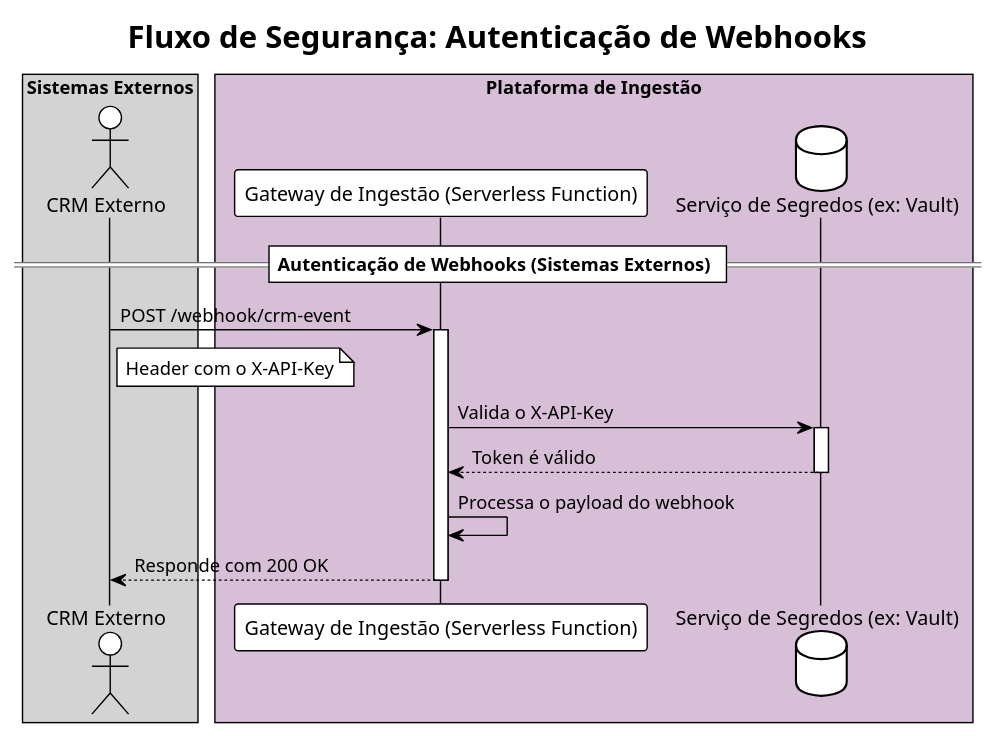
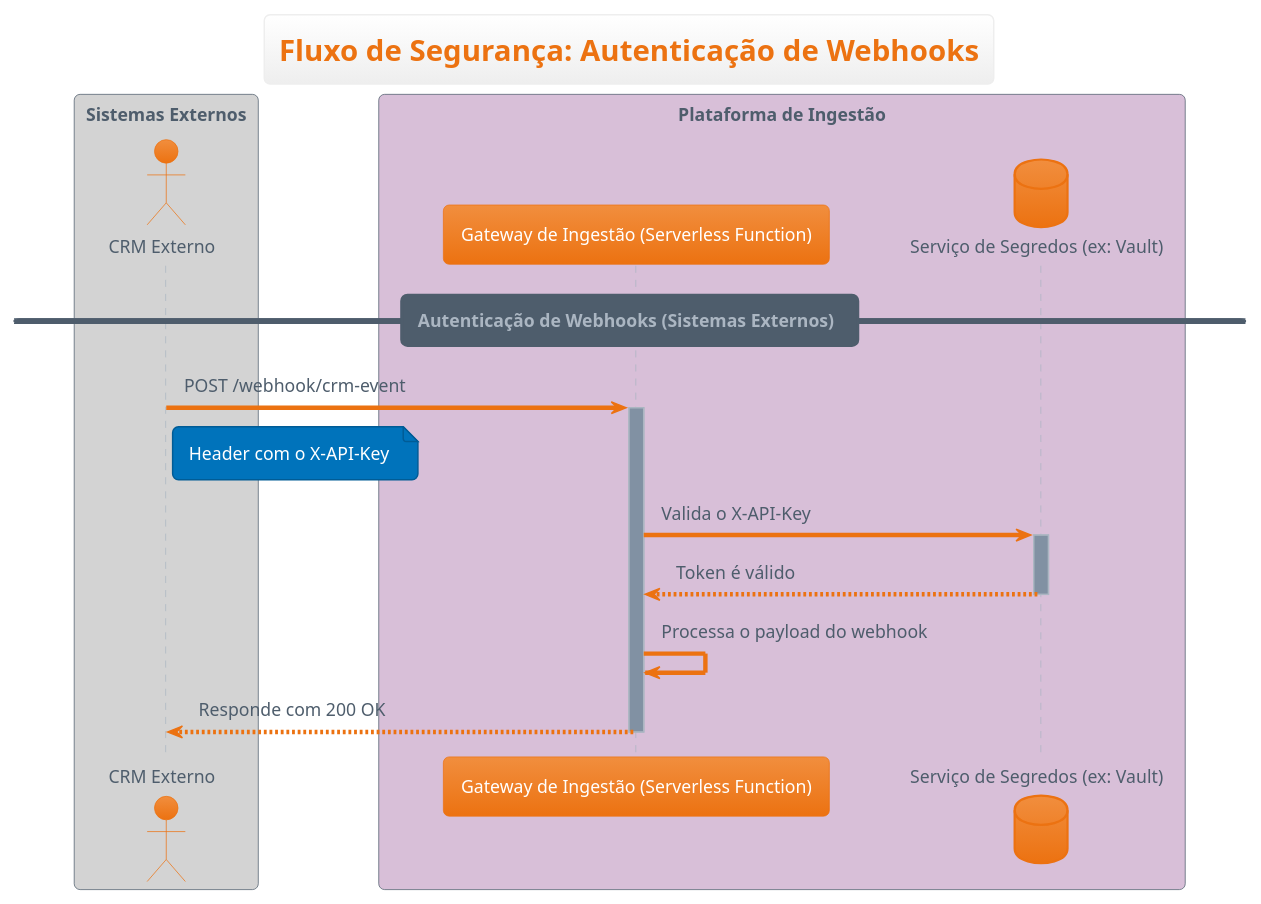
One commit to edcastanha/desafio-ccm-Arquitetura changed the diagram in diagramas/sequencial/fluxo-seguranca-webhooks.puml. Above: the diagram before and after it, drawn with PlantUML. The commit also changed 3 other files, not shown here.

Commit message:
fix: Ajuda tema para diagrama para padronizacao e adiciona pngs

```diff
--- a/diagramas/sequencial/fluxo-seguranca-webhooks.puml
+++ b/diagramas/sequencial/fluxo-seguranca-webhooks.puml
@@ -1,27 +1,27 @@
 @startuml
-!theme plain
+!theme aws-orange
 title "Fluxo de Segurança: Autenticação de Webhooks"
 
 box "Sistemas Externos" #LightGray
 actor "CRM Externo" as CRM
 end box
 
 box "Plataforma de Ingestão" #Thistle
 participant "Gateway de Ingestão (Serverless Function)" as IngestionGateway
 database "Serviço de Segredos (ex: Vault)" as SecretsManager
 end box
 
 == Autenticação de Webhooks (Sistemas Externos) ==
 
 CRM -> IngestionGateway: POST /webhook/crm-event
 note right of CRM: Header com o X-API-Key
 activate IngestionGateway
 IngestionGateway -> SecretsManager: Valida o X-API-Key
 activate SecretsManager
 SecretsManager --> IngestionGateway: Token é válido
 deactivate SecretsManager
 IngestionGateway -> IngestionGateway: Processa o payload do webhook
 IngestionGateway --> CRM: Responde com 200 OK
 deactivate IngestionGateway
 
 @enduml
```
